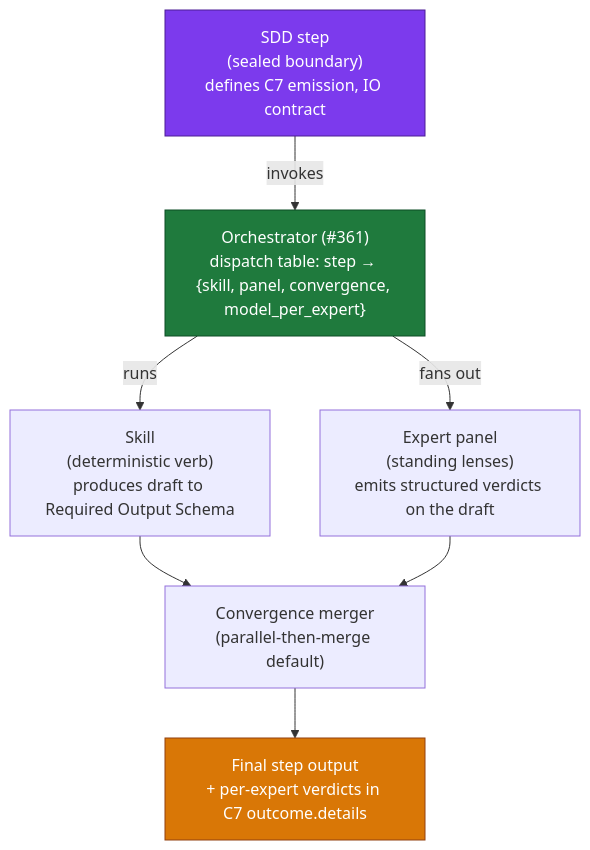
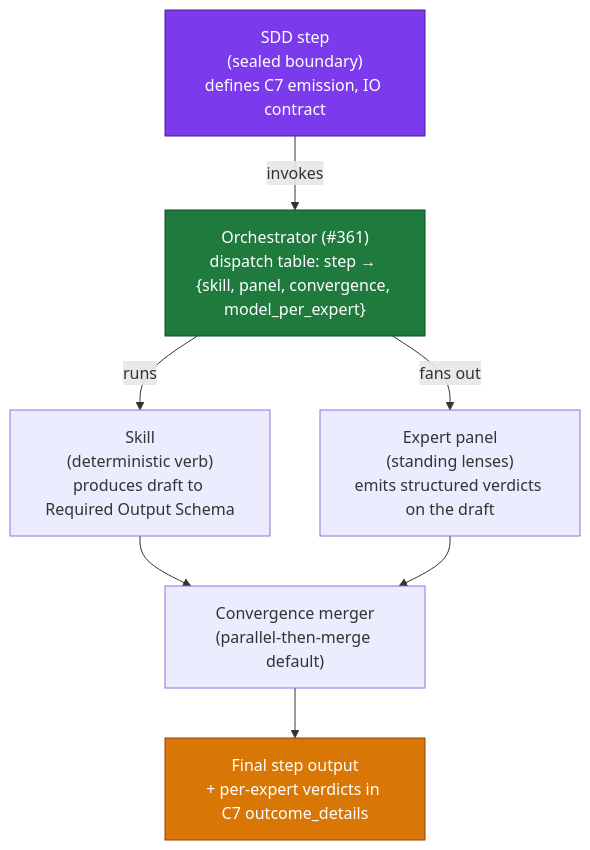
Before and after one commit to sbonoc/stackit-platform-blueprint: the first of 2 diagrams in docs/blueprint/architecture/decisions/ADR-issue-364-expert-persona-model.md, drawn with Mermaid. The commit also changed other lines of this file and 27 other files, not shown here.

````diff
--- a/docs/blueprint/architecture/decisions/ADR-issue-364-expert-persona-model.md
+++ b/docs/blueprint/architecture/decisions/ADR-issue-364-expert-persona-model.md
@@ -24,20 +24,20 @@
 ```mermaid
 flowchart TD
     SDDStep["SDD step<br/>(sealed boundary)<br/>defines C7 emission, IO contract"]
     Skill["Skill<br/>(deterministic verb)<br/>produces draft to Required Output Schema"]
     Panel["Expert panel<br/>(standing lenses)<br/>emits structured verdicts on the draft"]
     Orchestrator["Orchestrator (#361)<br/>dispatch table: step → {skill, panel, convergence, model_per_expert}"]
     Merger["Convergence merger<br/>(parallel-then-merge default)"]
-    Output["Final step output<br/>+ per-expert verdicts in C7 outcome.details"]
+    Output["Final step output<br/>+ per-expert verdicts in C7 outcome_details"]
 
     SDDStep -->|invokes| Orchestrator
     Orchestrator -->|runs| Skill
     Orchestrator -->|fans out| Panel
     Skill --> Merger
     Panel --> Merger
     Merger --> Output
 
     style SDDStep fill:#7c3aed,stroke:#4c1d95,color:#fff
     style Orchestrator fill:#1f7a3d,stroke:#0d4d24,color:#fff
     style Output fill:#d97706,stroke:#92400e,color:#fff
 ```
````
